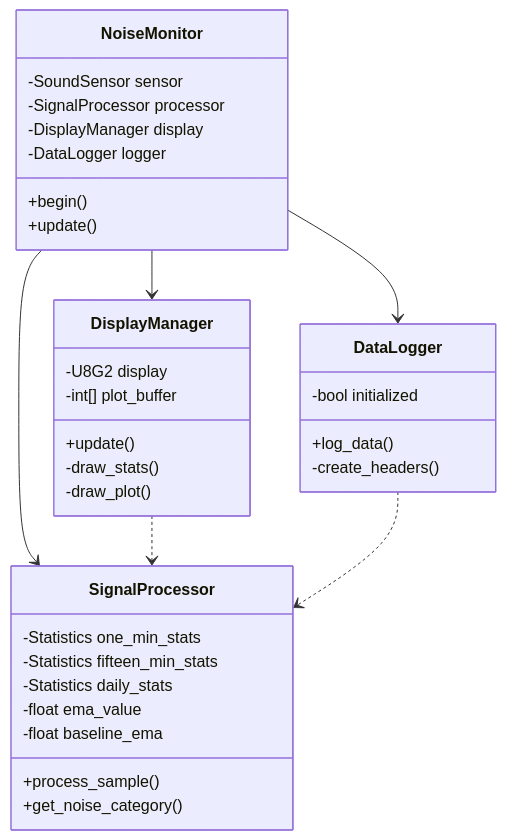
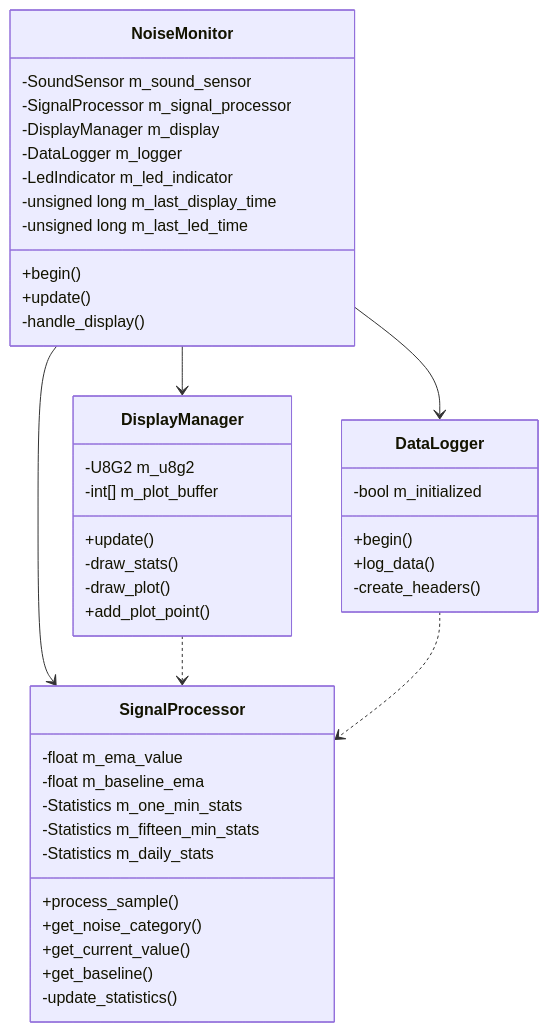
One commit to coloboxp/LoudTruth changed the diagram in doc/arch.md. Above: the diagram before and after it, drawn with Mermaid. The commit also changed 8 other files, not shown here.

````diff
--- a/doc/arch.md
+++ b/doc/arch.md
@@ -3,42 +3,51 @@
 ```mermaid
 classDiagram
 class NoiseMonitor {
--SoundSensor sensor
--SignalProcessor processor
--DisplayManager display
--DataLogger logger
-+begin()
-+update()
+    -SoundSensor m_sound_sensor
+    -SignalProcessor m_signal_processor
+    -DisplayManager m_display
+    -DataLogger m_logger
+    -LedIndicator m_led_indicator
+    -unsigned long m_last_display_time
+    -unsigned long m_last_led_time
+    +begin()
+    +update()
+    -handle_display()
 }
 
-    class SignalProcessor {
-        -Statistics one_min_stats
-        -Statistics fifteen_min_stats
-        -Statistics daily_stats
-        -float ema_value
-        -float baseline_ema
-        +process_sample()
-        +get_noise_category()
-    }
+class SignalProcessor {
+    -float m_ema_value
+    -float m_baseline_ema
+    -Statistics m_one_min_stats
+    -Statistics m_fifteen_min_stats
+    -Statistics m_daily_stats
+    +process_sample()
+    +get_noise_category()
+    +get_current_value()
+    +get_baseline()
+    -update_statistics()
+}
 
-    class DisplayManager {
-        -U8G2 display
-        -int[] plot_buffer
-        +update()
-        -draw_stats()
-        -draw_plot()
-    }
+class DisplayManager {
+    -U8G2 m_u8g2
+    -int[] m_plot_buffer
+    +update()
+    -draw_stats()
+    -draw_plot()
+    +add_plot_point()
+}
 
-    class DataLogger {
-        -bool initialized
-        +log_data()
-        -create_headers()
-    }
+class DataLogger {
+    -bool m_initialized
+    +begin()
+    +log_data()
+    -create_headers()
+}
 
-    NoiseMonitor --> SignalProcessor
-    NoiseMonitor --> DisplayManager
-    NoiseMonitor --> DataLogger
-    DisplayManager ..> SignalProcessor
-    DataLogger ..> SignalProcessor
+NoiseMonitor --> SignalProcessor
+NoiseMonitor --> DisplayManager
+NoiseMonitor --> DataLogger
+DisplayManager ..> SignalProcessor
+DataLogger ..> SignalProcessor
 
 ```
````
